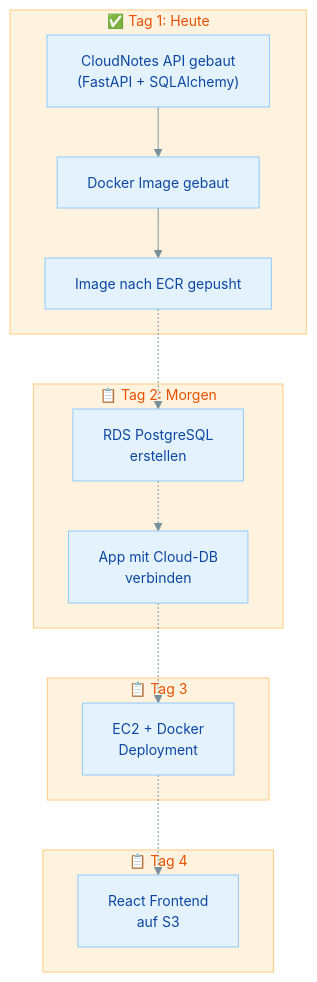
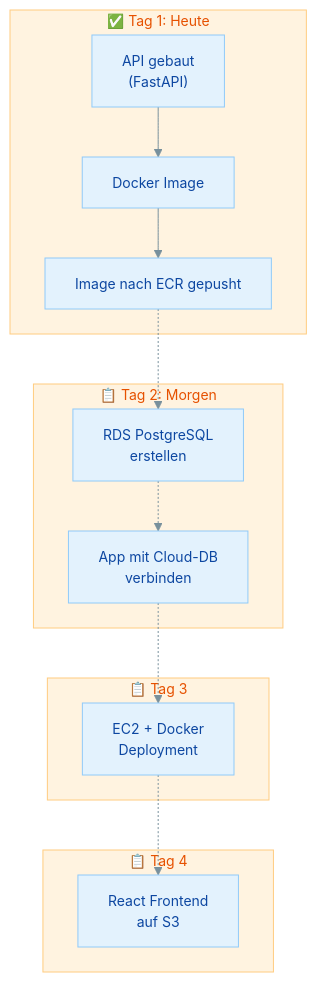
One commit to JacobMenge/kurs-25-06 changed the fourth of 4 diagrams in docs/modul-3/woche-9/uebung-30.1-aws-ecr.md. Above: the diagram before and after it, drawn with Mermaid. The commit also changed other lines of this file and 5 other files, not shown here.

````diff
--- a/docs/modul-3/woche-9/uebung-30.1-aws-ecr.md
+++ b/docs/modul-3/woche-9/uebung-30.1-aws-ecr.md
@@ -1091,22 +1097,22 @@
 ```mermaid
 %%{init: {'theme': 'base', 'themeVariables': {'primaryColor': '#e3f2fd', 'primaryTextColor': '#0d47a1', 'primaryBorderColor': '#90caf9', 'secondaryColor': '#e8f5e9', 'secondaryTextColor': '#1b5e20', 'secondaryBorderColor': '#a5d6a7', 'tertiaryColor': '#fff3e0', 'tertiaryTextColor': '#e65100', 'tertiaryBorderColor': '#ffcc80', 'lineColor': '#78909c', 'fontSize': '14px'}}}%%
 graph TD
     subgraph heute ["✅ Tag 1: Heute"]
-        A["CloudNotes API gebaut<br/>(FastAPI + SQLAlchemy)"] --> B["Docker Image gebaut"]
+        A["API gebaut<br/>(FastAPI)"] --> B["Docker Image"]
         B --> C["Image nach ECR gepusht"]
     end
     subgraph morgen ["📋 Tag 2: Morgen"]
         D["RDS PostgreSQL<br/>erstellen"]
         E["App mit Cloud-DB<br/>verbinden"]
     end
     subgraph mi ["📋 Tag 3"]
         F["EC2 + Docker<br/>Deployment"]
     end
     subgraph do ["📋 Tag 4"]
         G["React Frontend<br/>auf S3"]
     end
     C -.-> D
     D -.-> E
     E -.-> F
     F -.-> G
 ```
````
